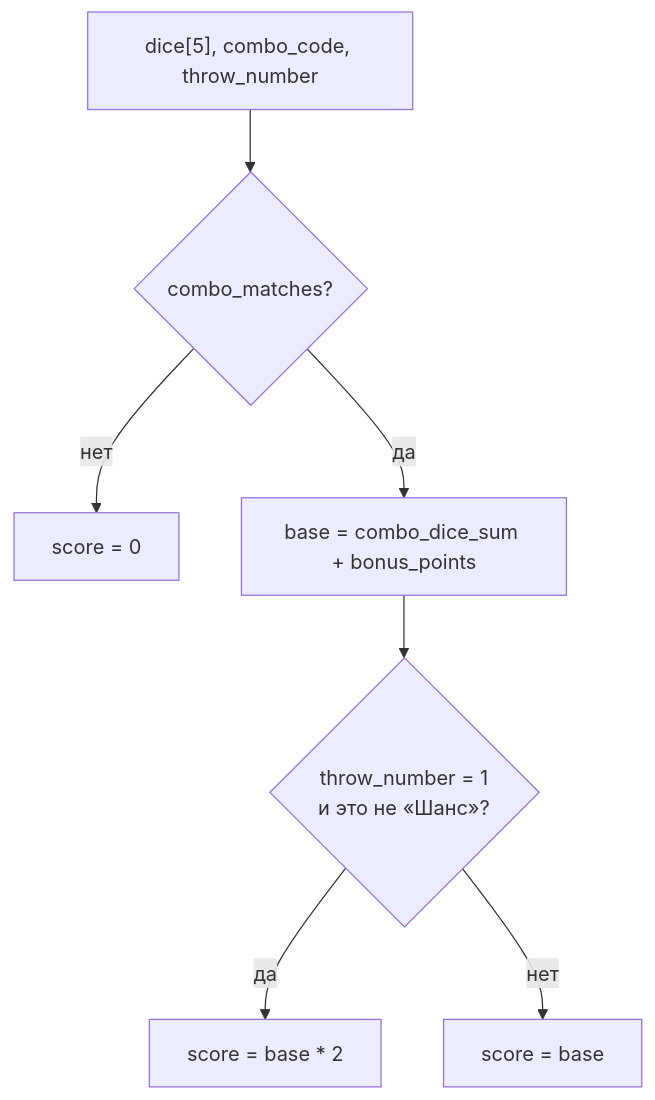
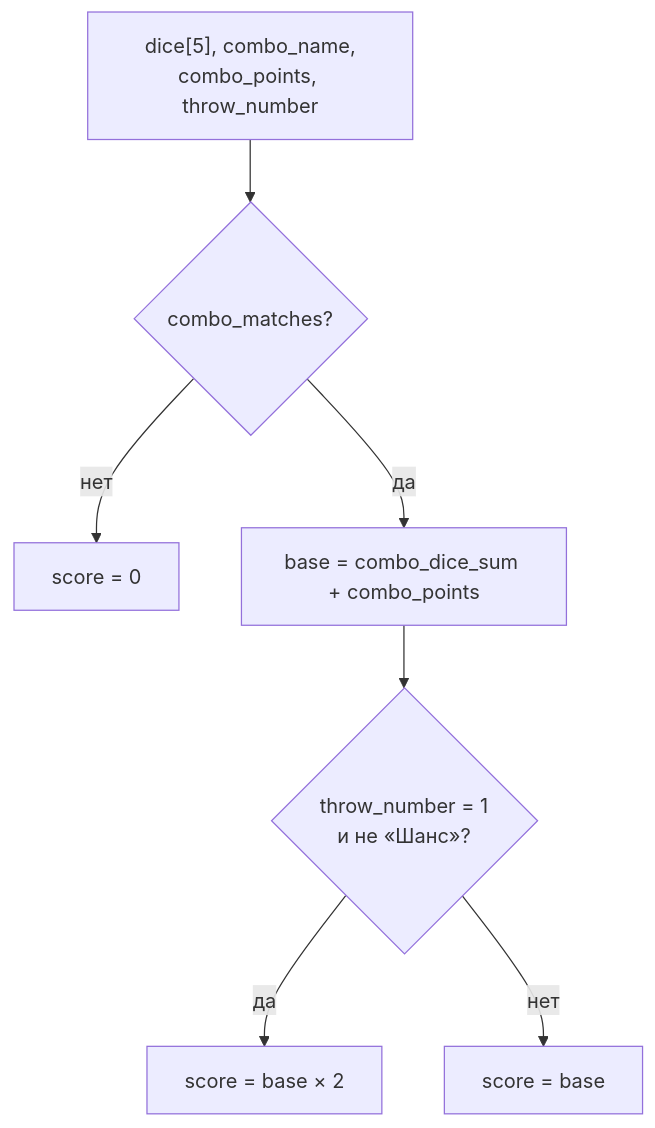
One commit to seventwogth/databases-itmo changed the second of 3 diagrams in docs/sql-functions.md. Above: the diagram before and after it, drawn with Mermaid. The commit also changed other lines of this file and 2 other files, not shown here.

First line of the commit message:
docs: align SQL functions with real DB schema, add game rules

````diff
--- a/docs/sql-functions.md
+++ b/docs/sql-functions.md
@@ -146,9 +138,9 @@
 ```mermaid
 flowchart TD
-    A["dice[5], combo_code, throw_number"] --> B{"combo_matches?"}
+    A["dice[5], combo_name,<br/>combo_points, throw_number"] --> B{"combo_matches?"}
     B -- нет --> Z["score = 0"]
-    B -- да --> C["base = combo_dice_sum + bonus_points"]
-    C --> D{"throw_number = 1<br/>и это не «Шанс»?"}
-    D -- да --> E["score = base * 2"]
+    B -- да --> C["base = combo_dice_sum + combo_points"]
+    C --> D{"throw_number = 1<br/>и не «Шанс»?"}
+    D -- да --> E["score = base × 2"]
     D -- нет --> F["score = base"]
 ```
````
